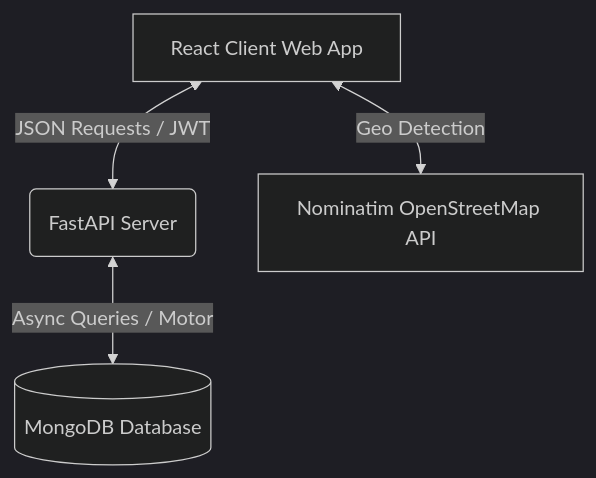
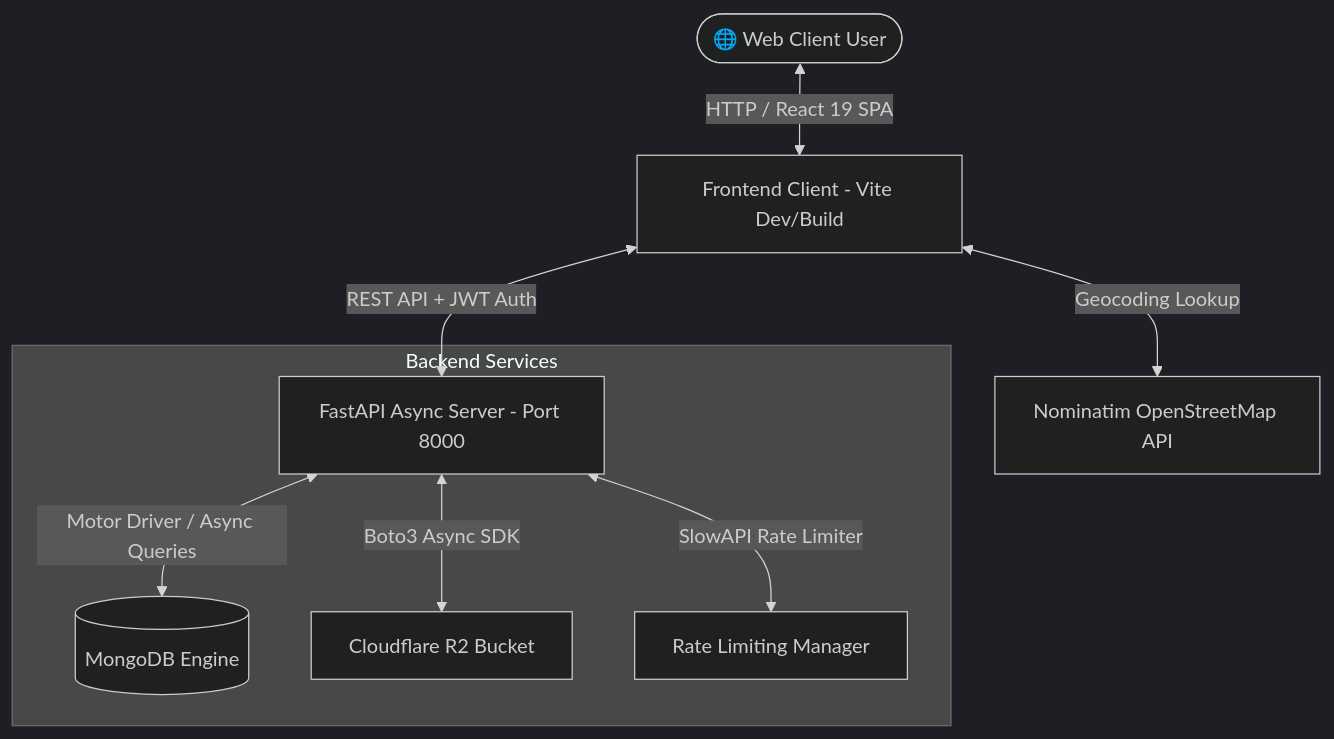
One commit to xxKrishna2609xx/Business-Listing-Website changed the diagram in README.md. Above: the diagram before and after it, drawn with Mermaid (dark theme). The commit also changed other lines of this file and 2 other files, not shown here.

Commit message:
docs: overhaul project README and add environment configuration templates for frontend and backend

````diff
--- a/README.md
+++ b/README.md
@@ -52,6 +78,12 @@
 ```mermaid
 graph TD
-    A[React Client Web App] <-->|JSON Requests / JWT| B(FastAPI Server)
-    B <-->|Async Queries / Motor| C[(MongoDB Database)]
-    A <-->|Geo Detection| D[Nominatim OpenStreetMap API]
+    User([🌐 Web Client User]) <-->|HTTP / React 19 SPA| SPA[Frontend Client - Vite Dev/Build]
+    SPA <-->|REST API + JWT Auth| API[FastAPI Async Server - Port 8000]
+    SPA <-->|Geocoding Lookup| OSM[Nominatim OpenStreetMap API]
+    
+    subgraph Backend Services
+        API <-->|Motor Driver / Async Queries| DB[(MongoDB Engine)]
+        API <-->|Boto3 Async SDK| R2[Cloudflare R2 Bucket]
+        API <-->|SlowAPI Rate Limiter| RL[Rate Limiting Manager]
+    end
 ```
````
